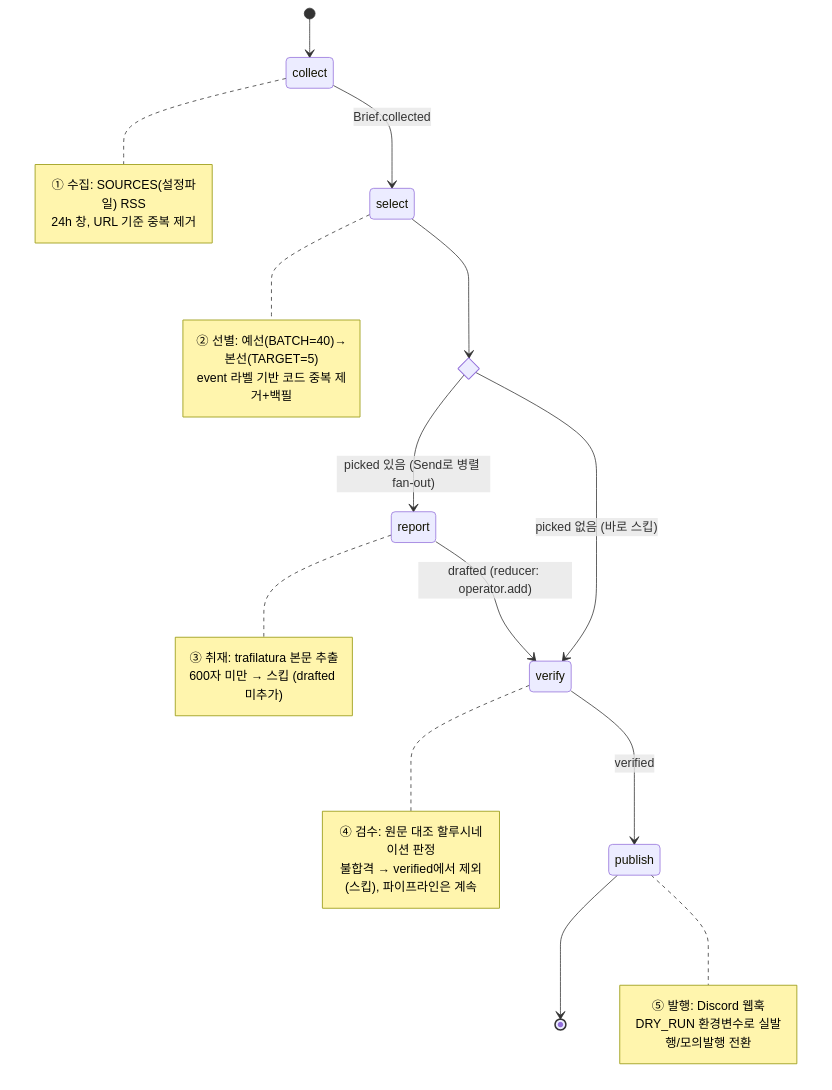
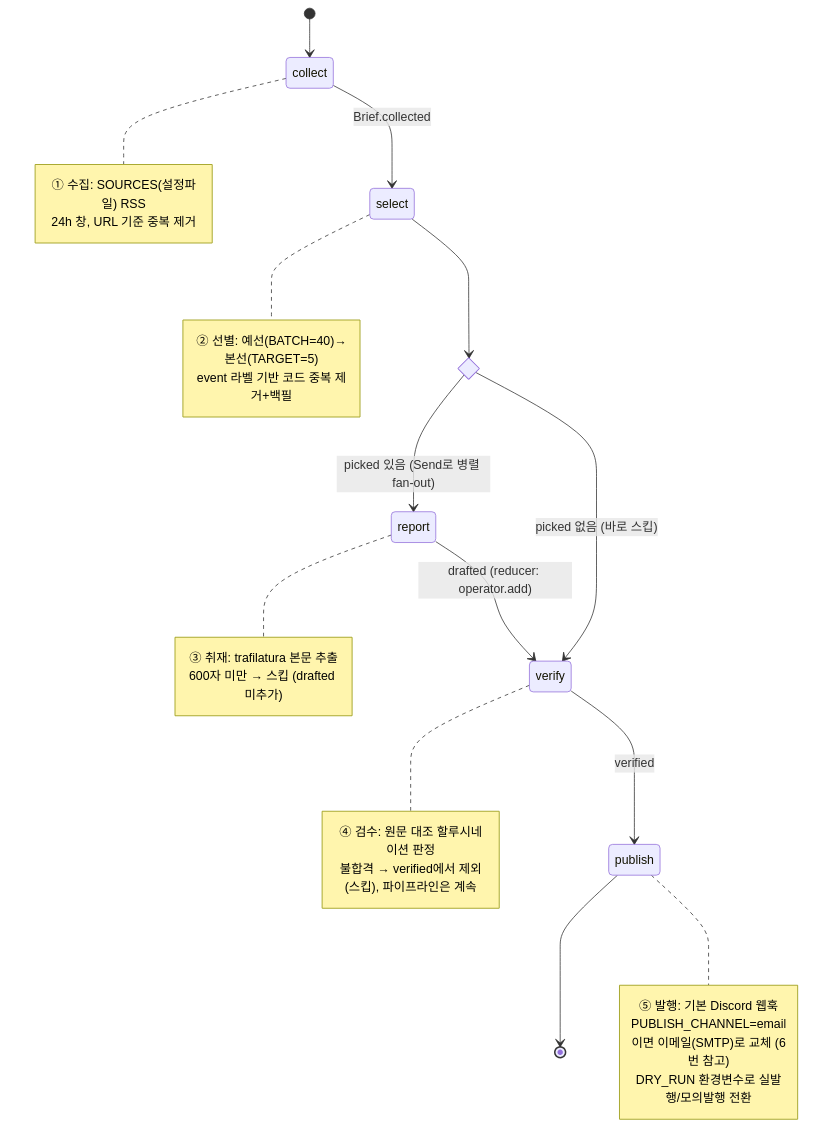
The diagram in REPORT.md (mjkimlunar/newsletter-agent), drawn with Mermaid before and after one commit. The commit also changed other lines of this file and 1 other file, not shown here.

````diff
--- a/REPORT.md
+++ b/REPORT.md
@@ -142,35 +145,36 @@
 ```mermaid
 stateDiagram-v2
     [*] --> collect
     collect --> select : Brief.collected
 
     state select_fanout <<choice>>
     select --> select_fanout
     select_fanout --> report : picked 있음 (Send로 병렬 fan-out)
     select_fanout --> verify : picked 없음 (바로 스킵)
 
     report --> verify : drafted (reducer: operator.add)
     verify --> publish : verified
     publish --> [*]
 
     note right of collect
         ① 수집: SOURCES(설정파일) RSS
         24h 창, URL 기준 중복 제거
     end note
     note right of select
         ② 선별: 예선(BATCH=40)→본선(TARGET=5)
         event 라벨 기반 코드 중복 제거+백필
     end note
     note right of report
         ③ 취재: trafilatura 본문 추출
         600자 미만 → 스킵 (drafted 미추가)
     end note
     note right of verify
         ④ 검수: 원문 대조 할루시네이션 판정
         불합격 → verified에서 제외(스킵), 파이프라인은 계속
     end note
     note right of publish
-        ⑤ 발행: Discord 웹훅
+        ⑤ 발행: 기본 Discord 웹훅
+        PUBLISH_CHANNEL=email이면 이메일(SMTP)로 교체 (6번 참고)
         DRY_RUN 환경변수로 실발행/모의발행 전환
     end note
 ```
````
